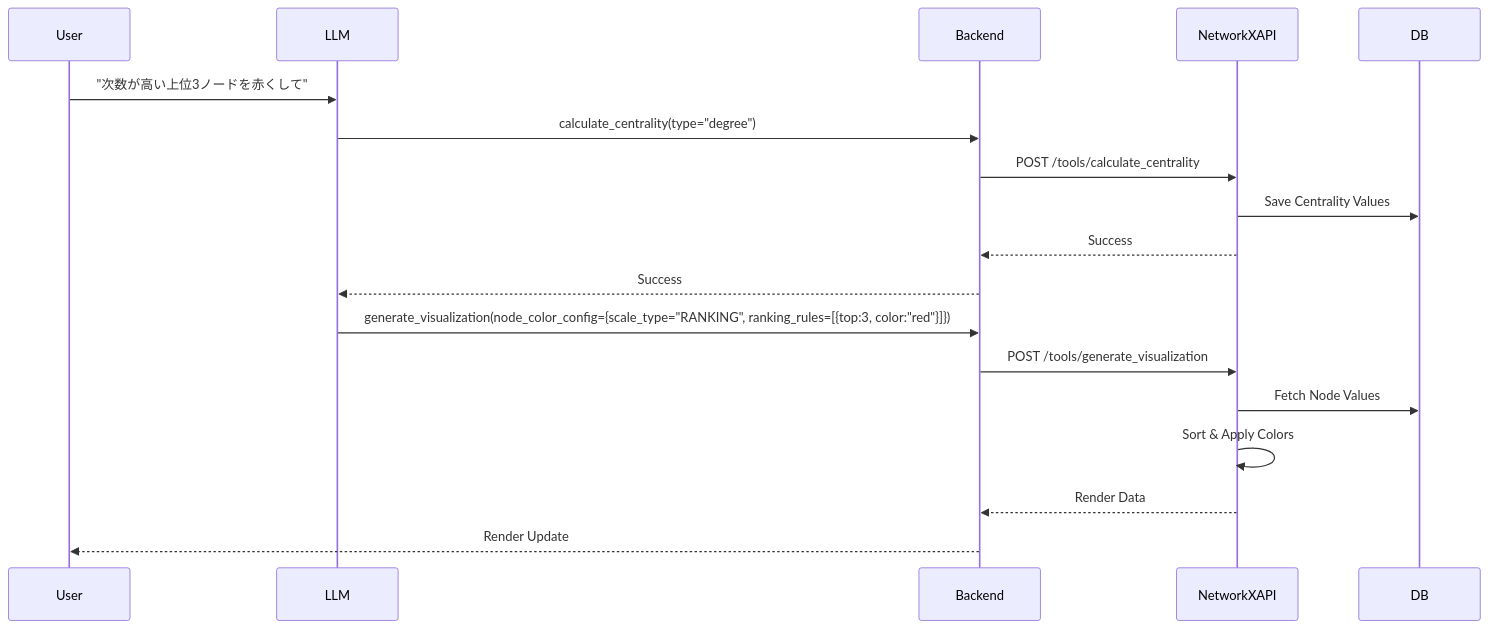
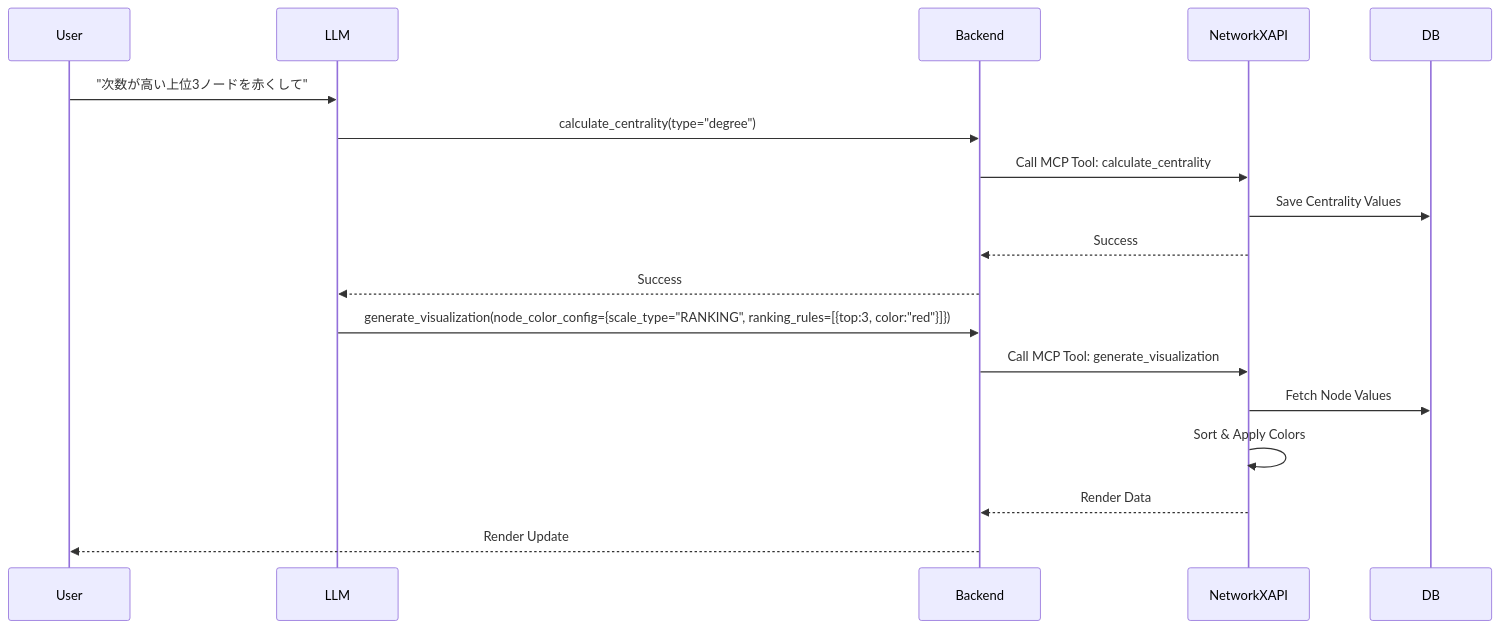
One commit to vdslab/LLMGraphvis changed the sixth of 9 diagrams in specification/2_Technical_Details/6_Core_Workflows.md. Above: the diagram before and after it, drawn with Mermaid. The commit also changed other lines of this file and 19 other files, not shown here.

Commit message:
refactor: Reimplement LLM tool and network service communication using a new MCP client/server with SSE, removing old tool implementations.

````diff
--- a/specification/2_Technical_Details/6_Core_Workflows.md
+++ b/specification/2_Technical_Details/6_Core_Workflows.md
@@ -281,22 +281,22 @@
 ```mermaid
 sequenceDiagram
     participant User
     participant LLM
     participant Backend
     participant NetworkXAPI
     participant DB
 
     User->>LLM: "次数が高い上位3ノードを赤くして"
     LLM->>Backend: calculate_centrality(type="degree")
-    Backend->>NetworkXAPI: POST /tools/calculate_centrality
+    Backend->>NetworkXAPI: Call MCP Tool: calculate_centrality
     NetworkXAPI->>DB: Save Centrality Values
     NetworkXAPI-->>Backend: Success
     Backend-->>LLM: Success
 
     LLM->>Backend: generate_visualization(node_color_config={scale_type="RANKING", ranking_rules=[{top:3, color:"red"}]})
-    Backend->>NetworkXAPI: POST /tools/generate_visualization
+    Backend->>NetworkXAPI: Call MCP Tool: generate_visualization
     NetworkXAPI->>DB: Fetch Node Values
     NetworkXAPI->>NetworkXAPI: Sort & Apply Colors
     NetworkXAPI-->>Backend: Render Data
     Backend-->>User: Render Update
 ```
````
